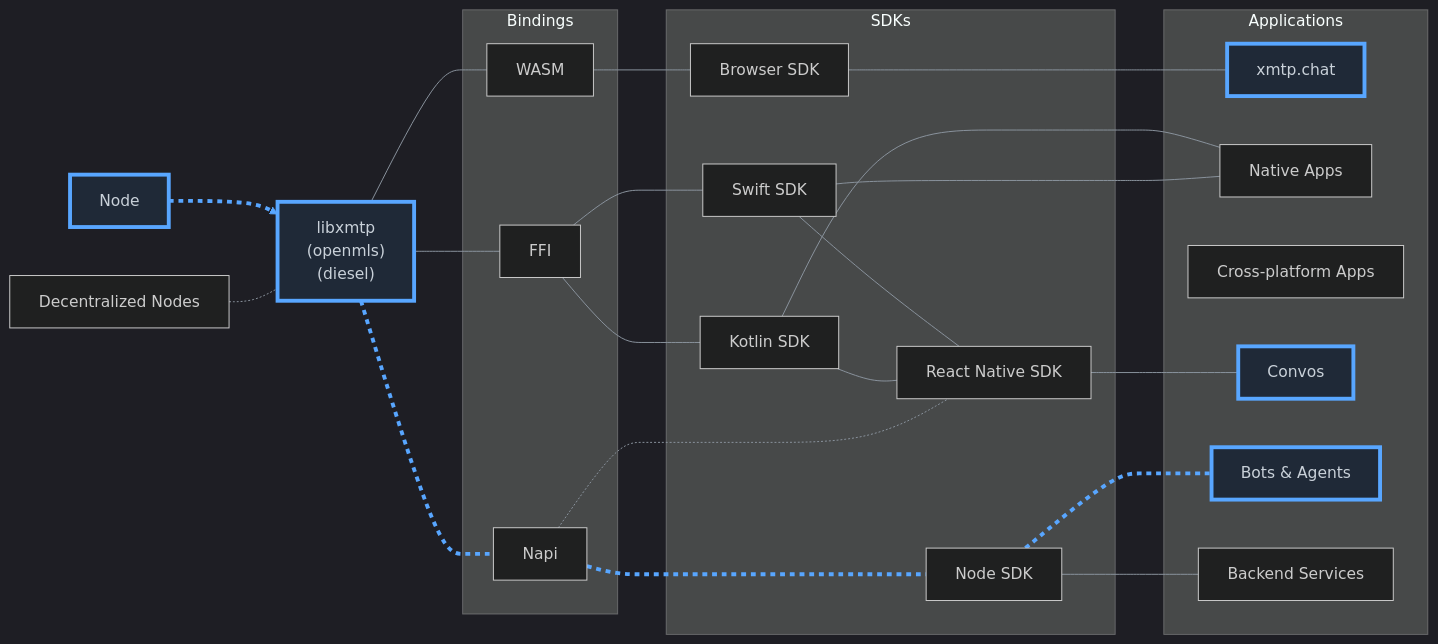
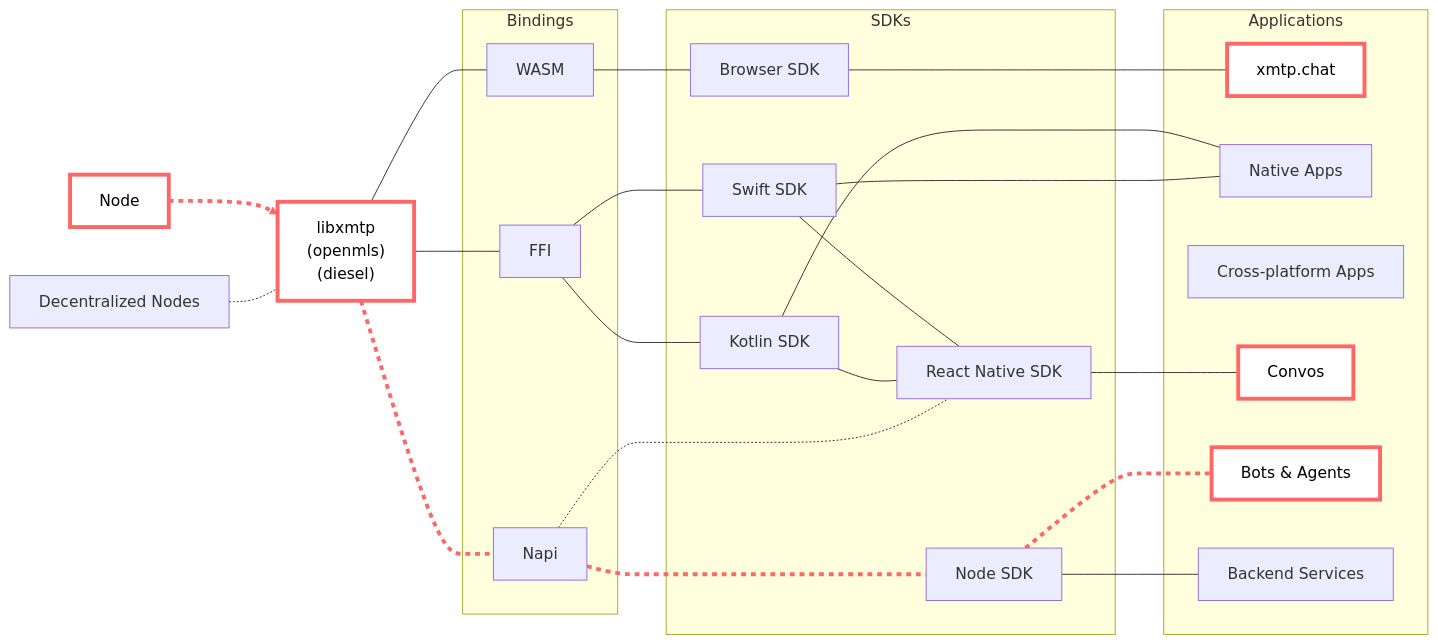
One commit to xmtp/xmtp-qa-tools changed the diagram in README.md. Above: the diagram before and after it, drawn with Mermaid. The commit also changed other lines of this file, not shown here.

Commit message:
dark mode

````diff
--- a/README.md
+++ b/README.md
@@ -20,77 +20,58 @@
 ```mermaid
-%%{init: {
-  'theme': 'dark',
-  'themeVariables': {
-    'primaryColor': '#0D1117',
-    'primaryTextColor': '#c9d1d9',
-    'primaryBorderColor': '#30363d',
-    'lineColor': '#8b949e',
-    'secondaryColor': '#161b22',
-    'tertiaryColor': '#161b22'
-  },
-  'flowchart': {
-    'useMaxWidth': true,
-    'htmlLabels': true
-  },
-  'securityLevel': 'strict',
-  'disableClick': true,
-  'disableZoom': true,
-  'disablePan': true
-}}%%
 
 flowchart LR
   %% Core components and bindings
   subgraph Bindings["Bindings"]
     wasm["WASM"]
     ffi["FFI"]
     napi["Napi"]
   end
 
   subgraph SDKs["SDKs"]
     browserSDK["Browser SDK"]
     swiftSDK["Swift SDK"]
     kotlinSDK["Kotlin SDK"]
     reactNativeSDK["React Native SDK"]
     nodesdk["Node SDK"]
   end
 
   subgraph Applications["Applications"]
     webApps["xmtp.chat"]
     mobileApps["Native Apps"]
     crossPlatformApps["Cross-platform Apps"]
     messagingApps["Convos"]
     botAgents["Bots & Agents"]
     backendServices["Backend Services"]
   end
 
   centralNode["Node"] --> libxmtp["libxmtp<br>(openmls)<br>(diesel)"]
   libxmtp --- wasm
   libxmtp --- ffi
   kotlinSDK --- mobileApps
   libxmtp --- napi
 
   wasm --- browserSDK
   ffi --- swiftSDK
   ffi --- kotlinSDK
 
   swiftSDK --- reactNativeSDK
   kotlinSDK --- reactNativeSDK
 
   browserSDK --- webApps
 
   swiftSDK --- mobileApps
 
   napi --- nodesdk
   nodesdk --- botAgents
   nodesdk --- backendServices
 
   decentralNode["Decentralized Nodes"] -.- libxmtp
 
 
   reactNativeSDK --- messagingApps
   napi -.- reactNativeSDK
 
-  linkStyle 0,4,12,13 stroke:#58a6ff,stroke-width:4px,stroke-dasharray: 5,5;
-  classDef highlightStroke fill:#1f2937,stroke:#58a6ff,color:#c9d1d9,stroke-width:4px;
+  linkStyle 0,4,12,13 stroke:#f66,stroke-width:4px,stroke-dasharray: 5,5;
+  classDef highlightStroke fill:#fff,stroke:#f66,color:#000,stroke-width:4px;
   class centralNode,libxmtp,webApps,messagingApps,botAgents highlightStroke;
 ```
````
